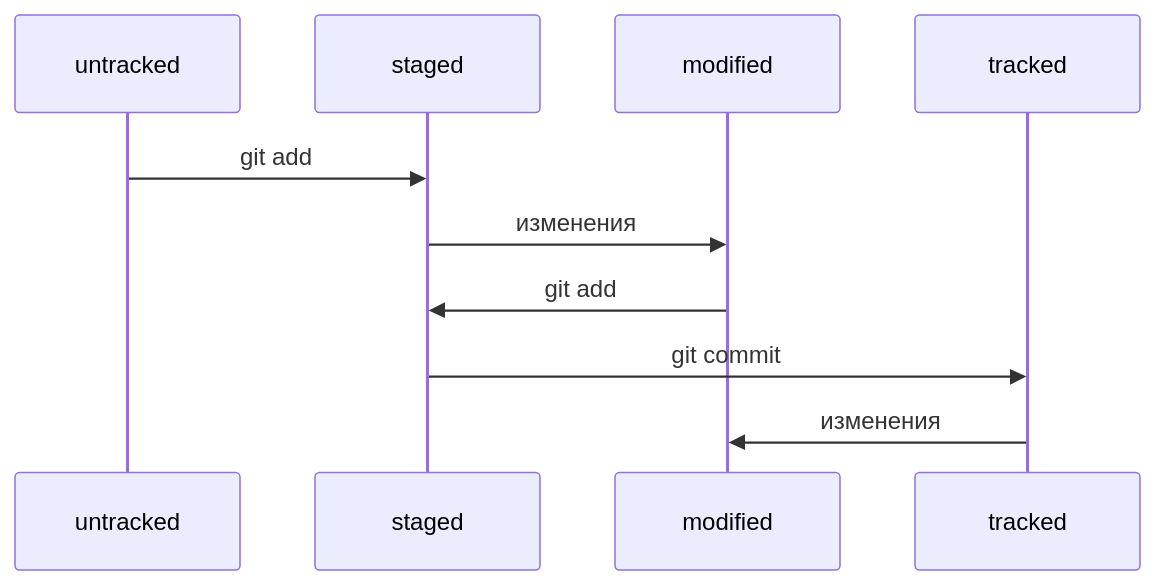
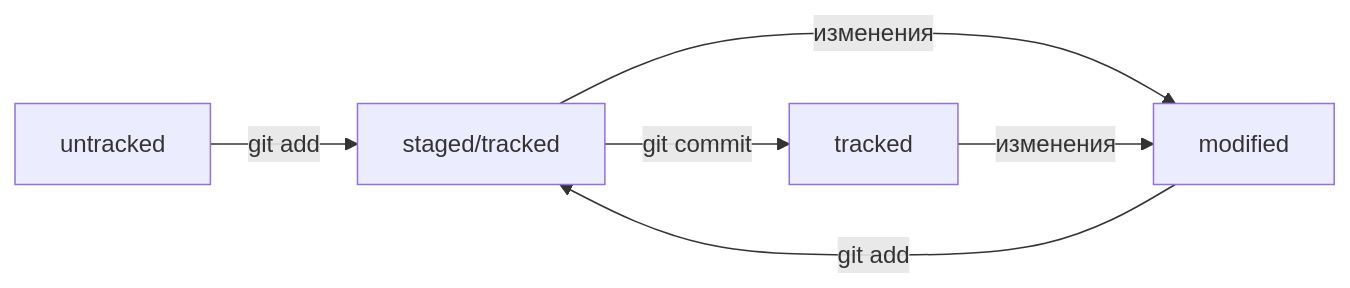
Before and after one commit to VanyaKo/git-cheatsheet: the diagram in README.md, drawn with Mermaid. The commit also changed other lines of this file, not shown here.

Commit message:
change sequence diagram to graph at files status info

````diff
--- a/README.md
+++ b/README.md
@@ -21,12 +21,8 @@
 ```mermaid
-sequenceDiagram
-    participant untracked
-    participant staged
-    participant modified
-    participant tracked
-    untracked->>staged: git add
-    staged->>modified: изменения
-    modified->>staged: git add
-    staged->>tracked: git commit
-    tracked->>modified: изменения
+graph LR;
+    untracked -- "git add" --> staged/tracked;
+    staged/tracked -- "изменения" --> modified;
+    modified -- "git add" --> staged/tracked;
+    staged/tracked -- "git commit" --> tracked;
+    tracked -- "изменения" --> modified;
 ```
````
